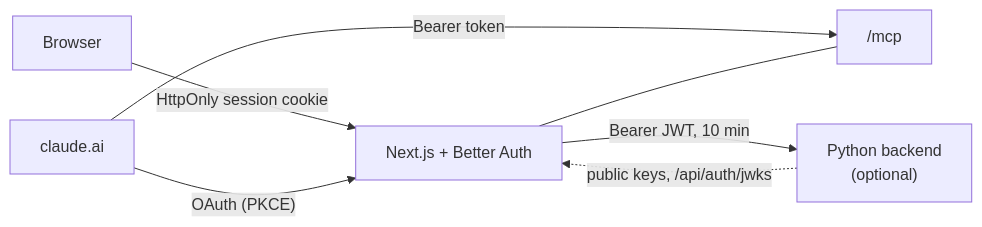
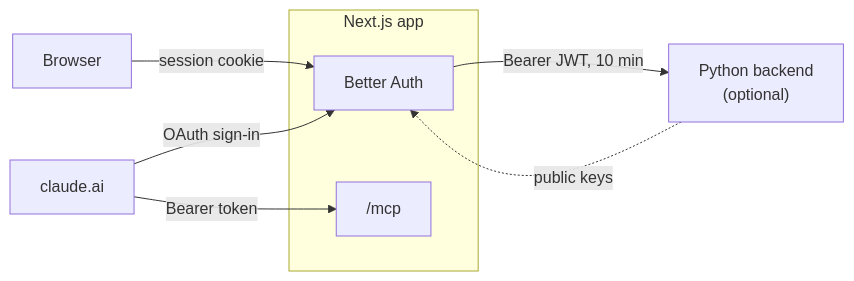
Before and after one commit to Marceltov/mcp-login-oauth: the diagram in docs/typescript.md, drawn with Mermaid. The commit also changed 3 other files, not shown here.

First line of the commit message:
Docs: diagrams in the site's palette

````diff
--- a/docs/typescript.md
+++ b/docs/typescript.md
@@ -15,9 +15,12 @@
 ```mermaid
 flowchart LR
-  browser["Browser"] -- "HttpOnly session cookie" --> next["Next.js + Better Auth"]
-  claude["claude.ai"] -- "OAuth (PKCE)" --> next
-  claude -- "Bearer token" --> mcp["/mcp"]
-  next --- mcp
-  next -- "Bearer JWT, 10 min" --> py["Python backend<br/>(optional)"]
-  py -. "public keys, /api/auth/jwks" .-> next
+  browser["Browser"] -- "session cookie" --> auth
+  claude["claude.ai"] -- "OAuth sign-in" --> auth
+  claude -- "Bearer token" --> mcp
+  subgraph app["Next.js app"]
+    auth["Better Auth"]
+    mcp["/mcp"]
+  end
+  auth -- "Bearer JWT, 10 min" --> py["Python backend<br/>(optional)"]
+  py -. "public keys" .-> auth
 ```
````
